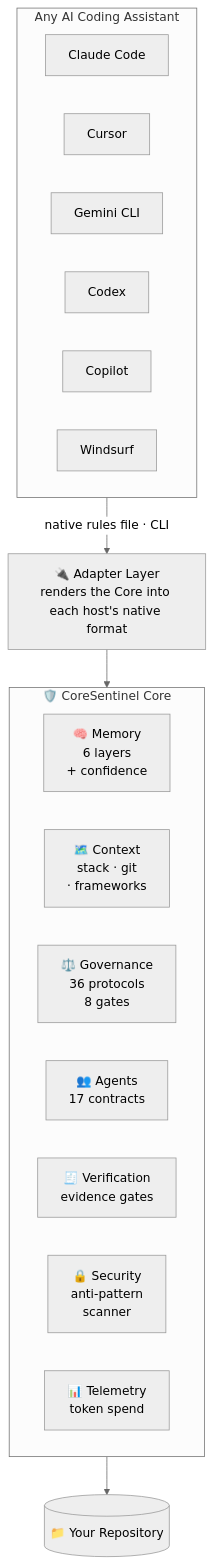
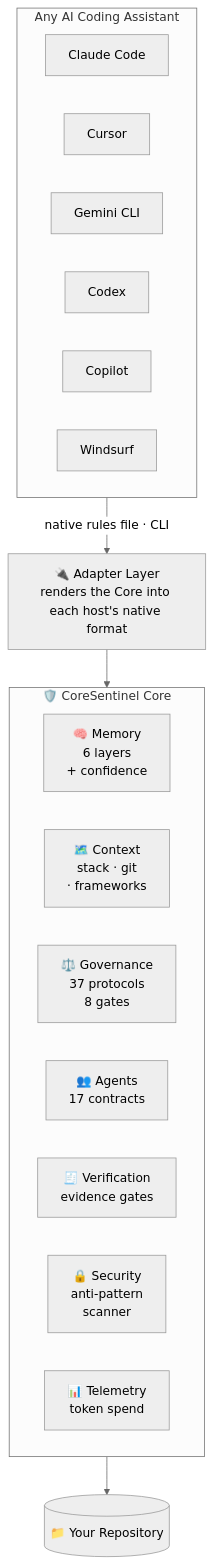
The first of 2 diagrams in README.md (wafazz/CoreSentinel), drawn with Mermaid (neutral theme) before and after one commit. The commit also changed other lines of this file and 15 other files, not shown here.

````diff
--- a/README.md
+++ b/README.md
@@ -60,31 +60,31 @@
 ```mermaid
 flowchart TB
     subgraph Hosts[" Any AI Coding Assistant "]
         direction LR
         H1["Claude Code"]
         H2["Cursor"]
         H3["Gemini CLI"]
         H4["Codex"]
         H5["Copilot"]
         H6["Windsurf"]
     end
 
     Hosts -->|"native rules file · CLI"| Adapter
 
     Adapter["🔌 Adapter Layer<br/>renders the Core into each host's native format"]
 
     Adapter --> Core
 
     subgraph Core[" 🛡️ CoreSentinel Core "]
         direction LR
         M["🧠 Memory<br/>6 layers<br/>+ confidence"]
         C["🗺️ Context<br/>stack · git<br/>· frameworks"]
-        G["⚖️ Governance<br/>36 protocols<br/>8 gates"]
+        G["⚖️ Governance<br/>37 protocols<br/>8 gates"]
         A["👥 Agents<br/>17 contracts"]
         V["🧾 Verification<br/>evidence gates"]
         S["🔒 Security<br/>anti-pattern<br/>scanner"]
         T["📊 Telemetry<br/>token spend"]
     end
 
     Core --> Repo[("📁 Your Repository")]
 ```
````
